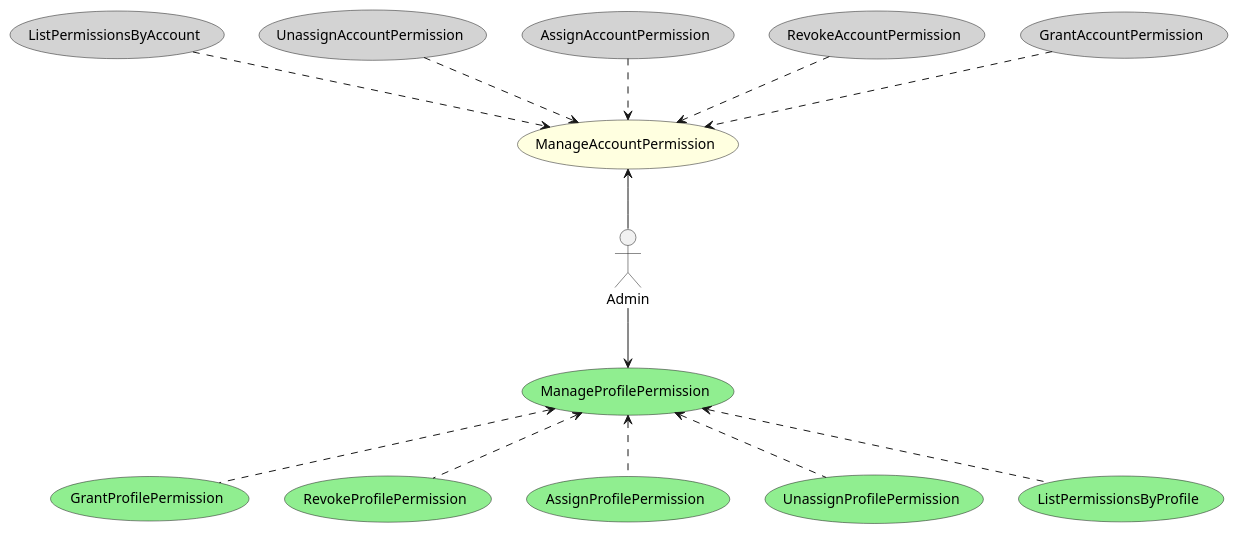
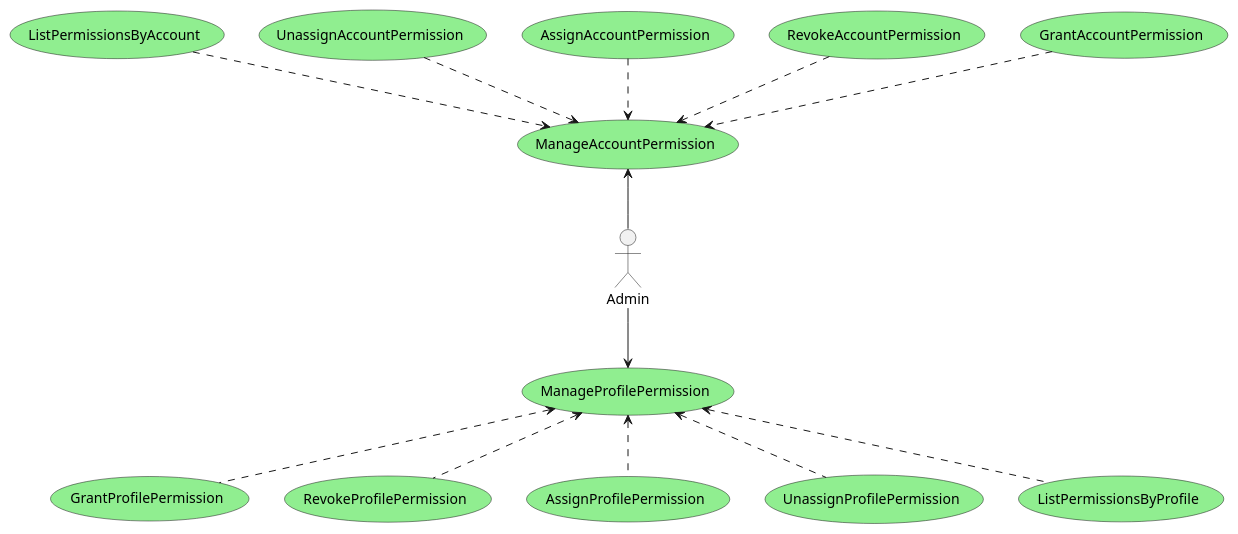
One commit to zehgreven/nutri-be-ddd-ca changed the diagram in documentation/usecase/UseCase.iam.ManagePermission.puml. Above: the diagram before and after it, drawn with PlantUML. The commit also changed 16 other files, not shown here.

Commit message:
Created AccountPermission

```diff
--- a/documentation/usecase/UseCase.iam.ManagePermission.puml
+++ b/documentation/usecase/UseCase.iam.ManagePermission.puml
@@ -1,32 +1,32 @@
 @startuml Use Case
 
 actor Admin
 
 usecase ManageProfilePermission #LightGreen
 usecase GrantProfilePermission #LightGreen
 usecase RevokeProfilePermission #LightGreen
 usecase AssignProfilePermission #LightGreen
 usecase UnassignProfilePermission #LightGreen
 usecase ListPermissionsByProfile #LightGreen
-usecase ManageAccountPermission #LightYellow
-usecase GrantAccountPermission #LightGray
-usecase RevokeAccountPermission #LightGray
-usecase AssignAccountPermission #LightGray
-usecase UnassignAccountPermission #LightGray
-usecase ListPermissionsByAccount #LightGray
+usecase ManageAccountPermission #LightGreen
+usecase GrantAccountPermission #LightGreen
+usecase RevokeAccountPermission #LightGreen
+usecase AssignAccountPermission #LightGreen
+usecase UnassignAccountPermission #LightGreen
+usecase ListPermissionsByAccount #LightGreen
 
 Admin -d-> (ManageProfilePermission) 
 (ManageProfilePermission) <.d. (GrantProfilePermission) 
 (ManageProfilePermission) <.d. (RevokeProfilePermission) 
 (ManageProfilePermission) <.d. (AssignProfilePermission) 
 (ManageProfilePermission) <.d. (UnassignProfilePermission) 
 (ManageProfilePermission) <.d. (ListPermissionsByProfile) 
 
 Admin -u-> (ManageAccountPermission) 
 (ManageAccountPermission) <.u. (GrantAccountPermission) 
 (ManageAccountPermission) <.u. (RevokeAccountPermission) 
 (ManageAccountPermission) <.u. (AssignAccountPermission) 
 (ManageAccountPermission) <.u. (UnassignAccountPermission) 
 (ManageAccountPermission) <.u. (ListPermissionsByAccount) 
 
 @enduml
```
